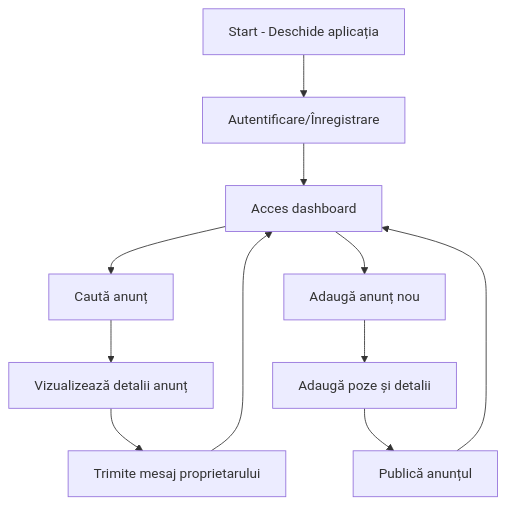
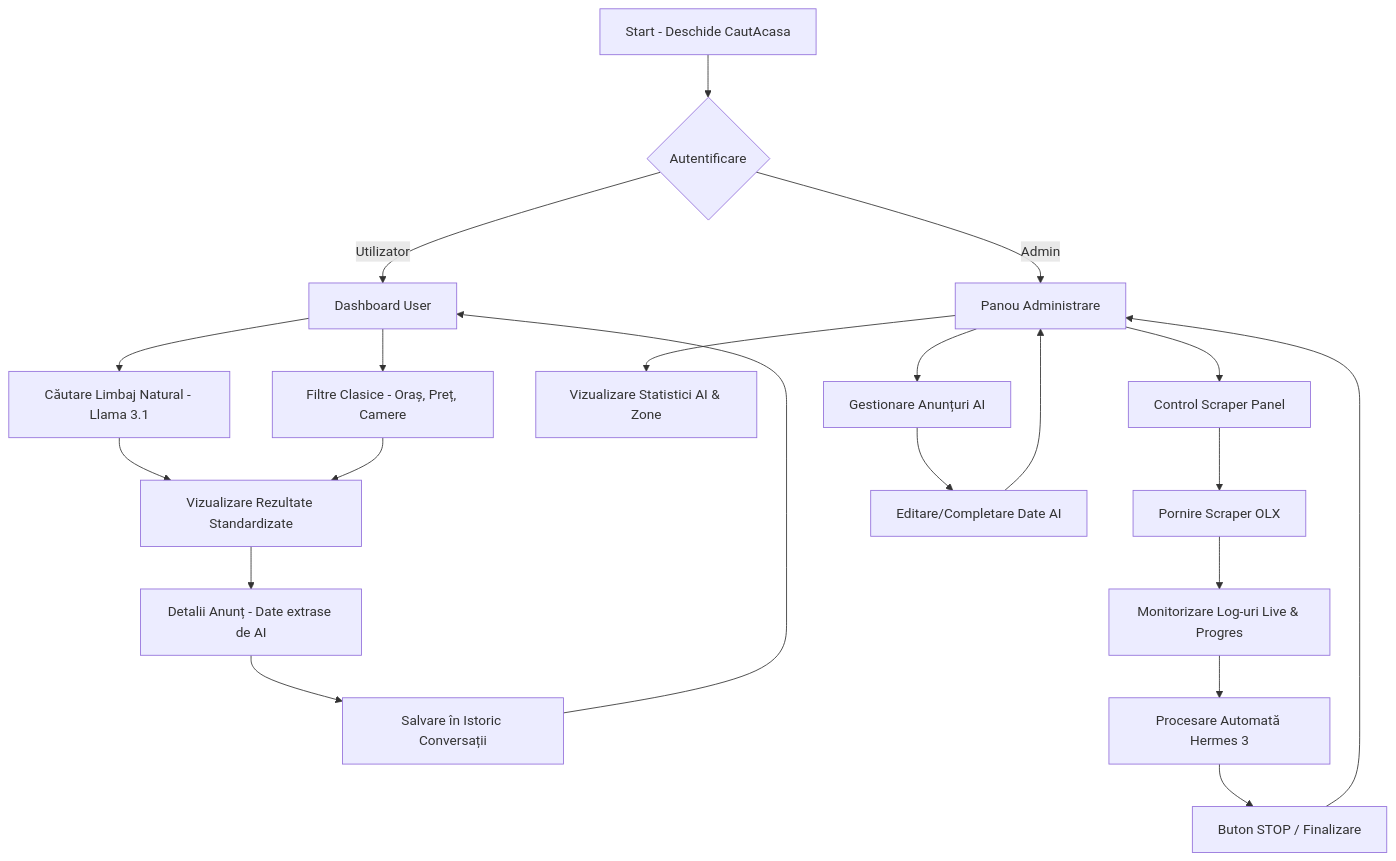
Before and after one commit to slavol/CautAcasa: the diagram in README.md, drawn with Mermaid.

````diff
--- a/README.md
+++ b/README.md
@@ -156,14 +198,33 @@
 ```mermaid
+
 flowchart TD
-    Start[Start - Deschide aplicația]
-    Start --> Autentificare[Autentificare/Înregistrare]
-    Autentificare --> Dashboard[Acces dashboard]
-    Dashboard --> CautaAnunt[Caută anunț]
-    Dashboard --> AdaugaAnunt[Adaugă anunț nou]
-    CautaAnunt --> VizualizareAnunt[Vizualizează detalii anunț]
-    VizualizareAnunt --> TrimiteMesaj[Trimite mesaj proprietarului]
-    AdaugaAnunt --> Galerie[Adaugă poze și detalii]
-    Galerie --> Publicare[Publică anunțul]
-    Publicare --> Dashboard
-    TrimiteMesaj --> Dashboard
+    Start[Start - Deschide CautAcasa] --> Auth{Autentificare}
+    
+    Auth -->|Utilizator| Dashboard[Dashboard User]
+    Auth -->|Admin| AdminPanel[Panou Administrare]
+
+    %% Flux Utilizator
+    Dashboard --> AISearch[Căutare Limbaj Natural - Llama 3.1]
+    Dashboard --> ClassicFilters[Filtre Clasice - Oraș, Preț, Camere]
+    
+    AISearch --> Results[Vizualizare Rezultate Standardizate]
+    ClassicFilters --> Results
+    
+    Results --> Details[Detalii Anunț - Date extrase de AI]
+    Details --> History[Salvare în Istoric Conversații]
+    History --> Dashboard
+
+    %% Flux Admin
+    AdminPanel --> Stats[Vizualizare Statistici AI & Zone]
+    AdminPanel --> ScraperControl[Control Scraper Panel]
+    AdminPanel --> ManageListings[Gestionare Anunțuri AI]
+
+    ScraperControl --> StartScraper[Pornire Scraper OLX]
+    StartScraper --> LiveLogs[Monitorizare Log-uri Live & Progres]
+    LiveLogs --> AIProcessing[Procesare Automată Hermes 3]
+    AIProcessing --> StopProcess[Buton STOP / Finalizare]
+    StopProcess --> AdminPanel
+
+    ManageListings --> EditListing[Editare/Completare Date AI]
+    EditListing --> AdminPanel
 ```
````
